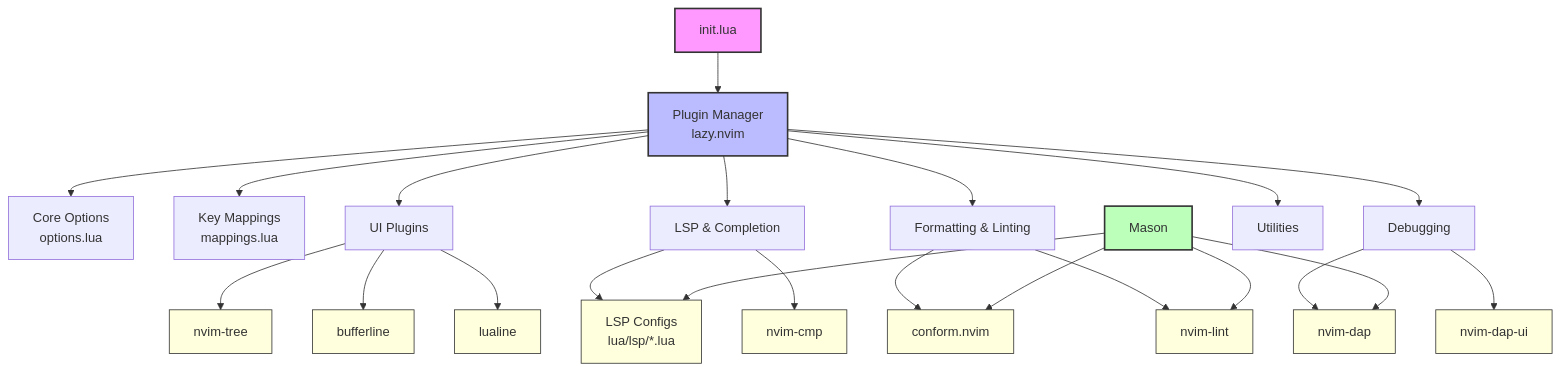
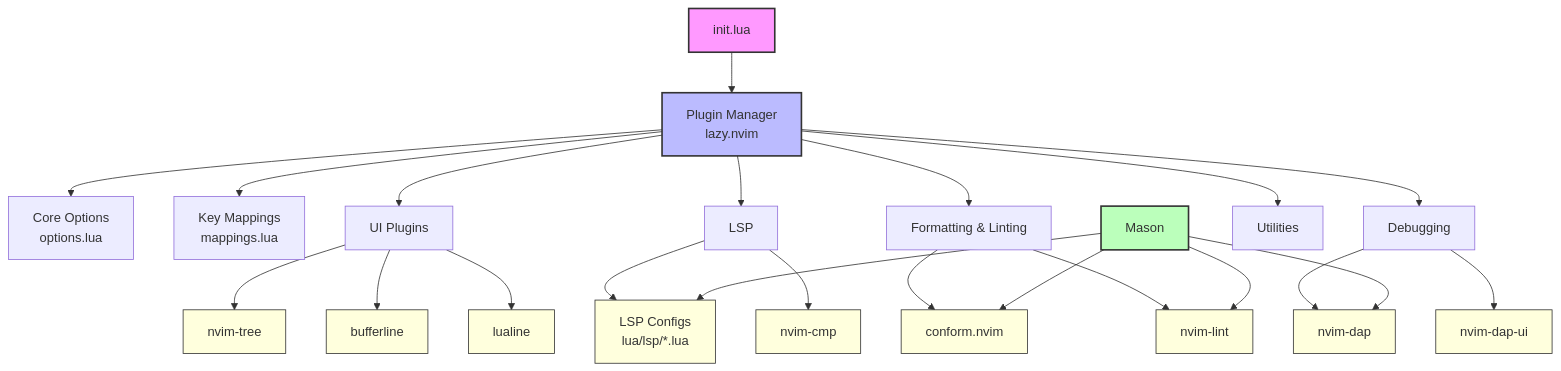
Before and after one commit to le4ker/blog: the diagram in _posts/2026-01-01-nvmegachad.md, drawn with Mermaid. The commit also changed other lines of this file, not shown here.

````diff
--- a/_posts/2026-01-01-nvmegachad.md
+++ b/_posts/2026-01-01-nvmegachad.md
@@ -73,43 +74,43 @@
 ```mermaid!
 flowchart TD
     A[init.lua] --> B[Plugin Manager<br/>lazy.nvim]
 
     B --> C[Core Options<br/>options.lua]
     B --> D[Key Mappings<br/>mappings.lua]
     B --> E[UI Plugins]
-    B --> F[LSP & Completion]
+    B --> F[LSP]
     B --> G[Formatting & Linting]
     B --> H[Debugging]
     B --> I[Utilities]
 
     E --> E1[nvim-tree]
     E --> E2[bufferline]
     E --> E3[lualine]
 
     F --> J[LSP Configs<br/>lua/lsp/*.lua]
     F --> K[nvim-cmp]
 
     G --> L[conform.nvim]
     G --> M[nvim-lint]
 
     H --> N[nvim-dap]
     H --> O[nvim-dap-ui]
 
     P[Mason] --> J
     P --> L
     P --> M
     P --> N
 
     style A fill:#f9f,stroke:#333,stroke-width:2px
     style B fill:#bbf,stroke:#333,stroke-width:2px
     style P fill:#bfb,stroke:#333,stroke-width:2px
     style E1 fill:#ffd,stroke:#333
     style E2 fill:#ffd,stroke:#333
     style E3 fill:#ffd,stroke:#333
     style J fill:#ffd,stroke:#333
     style K fill:#ffd,stroke:#333
     style L fill:#ffd,stroke:#333
     style M fill:#ffd,stroke:#333
     style N fill:#ffd,stroke:#333
     style O fill:#ffd,stroke:#333
 ```
````
